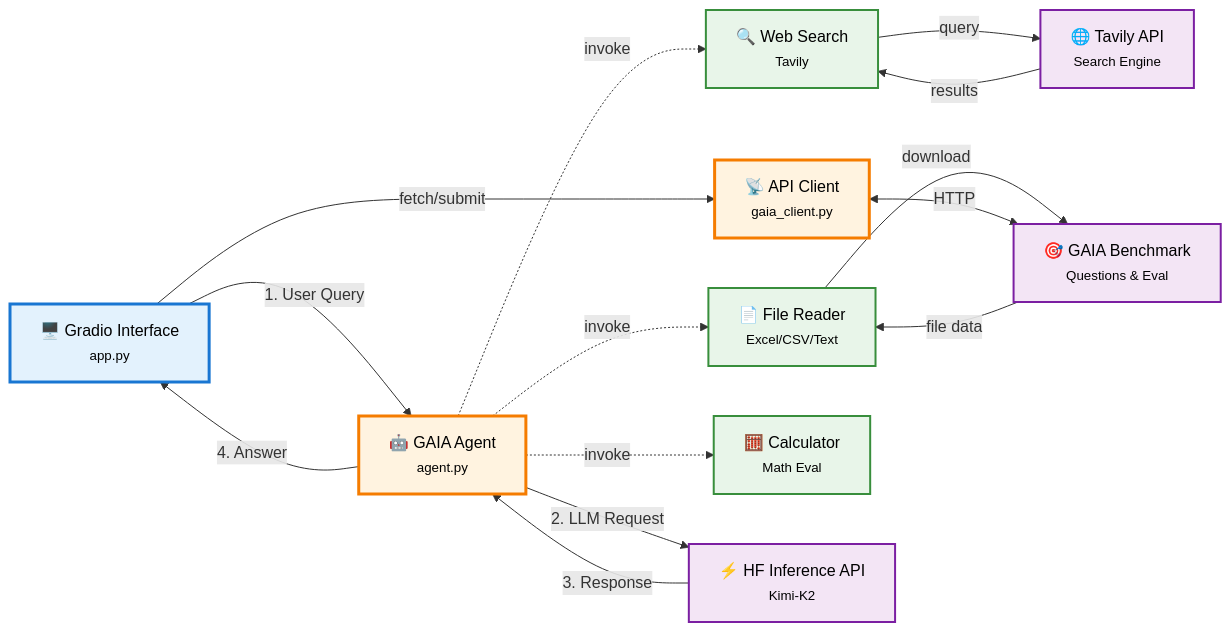
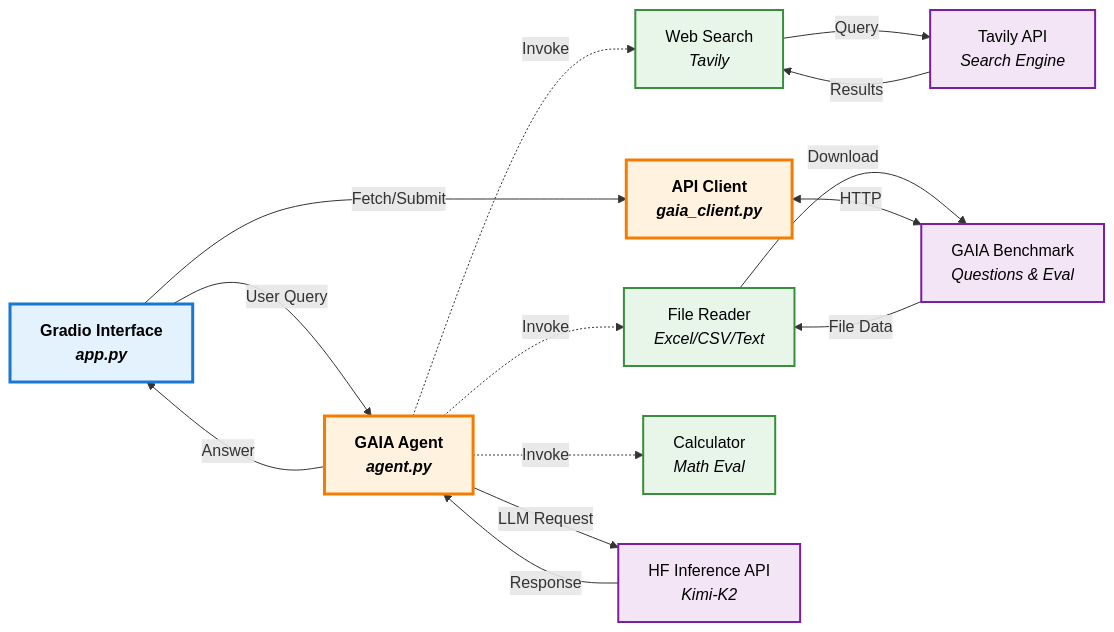
One commit to hasancoded/gaia-agent changed the diagram in README.md. Above: the diagram before and after it, drawn with Mermaid.

Commit message:
refactor: remove emojis from architecture diagram for professional appearance

````diff
--- a/README.md
+++ b/README.md
@@ -28,52 +28,52 @@
 ```mermaid
 flowchart LR
     %% Client Layer
-    UI["🖥️ Gradio Interface<br/><small>app.py</small>"]
+    UI["Gradio Interface<br/><i>app.py</i>"]
 
     %% Orchestration Layer
-    Agent["🤖 GAIA Agent<br/><small>agent.py</small>"]
-    Client["📡 API Client<br/><small>gaia_client.py</small>"]
+    Agent["GAIA Agent<br/><i>agent.py</i>"]
+    Client["API Client<br/><i>gaia_client.py</i>"]
 
     %% Tool Layer
-    Search["🔍 Web Search<br/><small>Tavily</small>"]
-    FileReader["📄 File Reader<br/><small>Excel/CSV/Text</small>"]
-    Calculator["🧮 Calculator<br/><small>Math Eval</small>"]
+    Search["Web Search<br/><i>Tavily</i>"]
+    FileReader["File Reader<br/><i>Excel/CSV/Text</i>"]
+    Calculator["Calculator<br/><i>Math Eval</i>"]
 
     %% External Services
-    HF["⚡ HF Inference API<br/><small>Kimi-K2</small>"]
-    GAIA["🎯 GAIA Benchmark<br/><small>Questions & Eval</small>"]
-    Tavily["🌐 Tavily API<br/><small>Search Engine</small>"]
+    HF["HF Inference API<br/><i>Kimi-K2</i>"]
+    GAIA["GAIA Benchmark<br/><i>Questions & Eval</i>"]
+    Tavily["Tavily API<br/><i>Search Engine</i>"]
 
     %% Primary Flow
-    UI -->|"1. User Query"| Agent
-    Agent -->|"2. LLM Request"| HF
-    HF -->|"3. Response"| Agent
-    Agent -->|"4. Answer"| UI
+    UI -->|User Query| Agent
+    Agent -->|LLM Request| HF
+    HF -->|Response| Agent
+    Agent -->|Answer| UI
 
     %% Tool Orchestration
-    Agent -.->|"invoke"| Search
-    Agent -.->|"invoke"| FileReader
-    Agent -.->|"invoke"| Calculator
+    Agent -.->|Invoke| Search
+    Agent -.->|Invoke| FileReader
+    Agent -.->|Invoke| Calculator
 
     %% Tool-Service Connections
-    Search -->|"query"| Tavily
-    Tavily -->|"results"| Search
+    Search -->|Query| Tavily
+    Tavily -->|Results| Search
 
-    FileReader -->|"download"| GAIA
-    GAIA -->|"file data"| FileReader
+    FileReader -->|Download| GAIA
+    GAIA -->|File Data| FileReader
 
     %% API Client Flow
-    UI -->|"fetch/submit"| Client
-    Client <-->|"HTTP"| GAIA
+    UI -->|Fetch/Submit| Client
+    Client <-->|HTTP| GAIA
 
     %% Styling
-    classDef clientStyle fill:#e3f2fd,stroke:#1976d2,stroke-width:3px,color:#000
-    classDef orchestrationStyle fill:#fff3e0,stroke:#f57c00,stroke-width:3px,color:#000
+    classDef clientStyle fill:#e3f2fd,stroke:#1976d2,stroke-width:3px,color:#000,font-weight:bold
+    classDef orchestrationStyle fill:#fff3e0,stroke:#f57c00,stroke-width:3px,color:#000,font-weight:bold
     classDef toolStyle fill:#e8f5e9,stroke:#388e3c,stroke-width:2px,color:#000
     classDef externalStyle fill:#f3e5f5,stroke:#7b1fa2,stroke-width:2px,color:#000
 
     class UI clientStyle
     class Agent,Client orchestrationStyle
     class Search,FileReader,Calculator toolStyle
     class HF,GAIA,Tavily externalStyle
 ```
````
